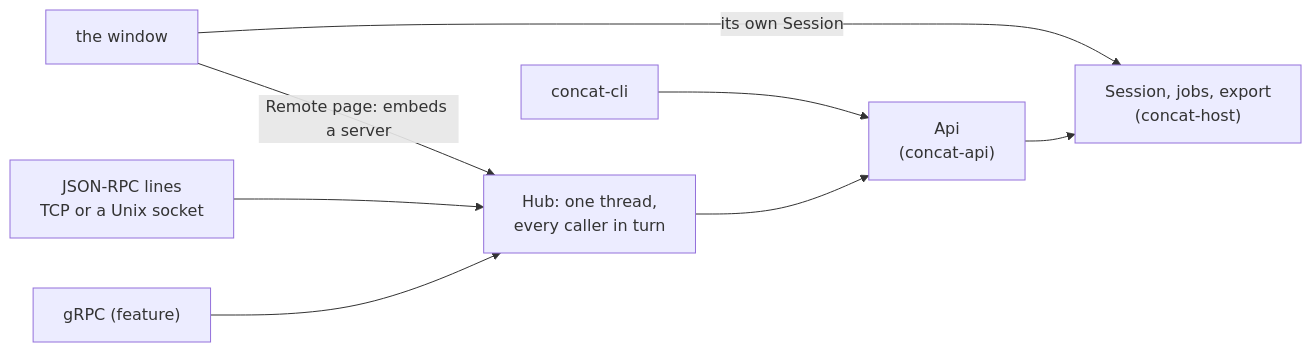
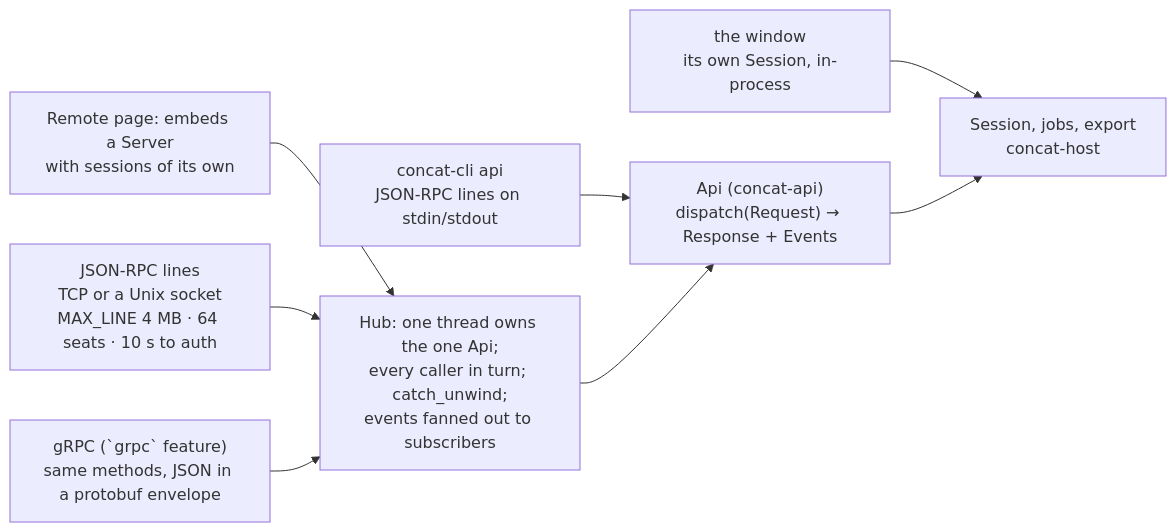
Before and after one commit to jub0t/Concat: the ninth of 12 diagrams in ARCHITECTURE.md, drawn with Mermaid. The commit also changed other lines of this file, not shown here.

````diff
--- a/ARCHITECTURE.md
+++ b/ARCHITECTURE.md
@@ -360,10 +425,10 @@
 ```mermaid
 flowchart LR
-    window["the window"] -- "Remote page: embeds a server" --> hub
-    window -- "its own Session" --> host
-    cli["concat-cli"] --> api
-    json["JSON-RPC lines<br/>TCP or a Unix socket"] --> hub
-    grpc["gRPC (feature)"] --> hub
-    hub["Hub: one thread,<br/>every caller in turn"] --> api["Api<br/>(concat-api)"]
-    api --> host["Session, jobs, export<br/>(concat-host)"]
+    window["the window<br/>its own Session, in-process"] --> host["Session, jobs, export<br/>concat-host"]
+    remote["Remote page: embeds a Server<br/>with sessions of its own"] --> hub
+    cli["concat-cli api<br/>JSON-RPC lines on stdin/stdout"] --> api
+    json["JSON-RPC lines<br/>TCP or a Unix socket<br/>MAX_LINE 4 MB · 64 seats · 10 s to auth"] --> hub
+    grpc["gRPC (`grpc` feature)<br/>same methods, JSON in a protobuf envelope"] --> hub
+    hub["Hub: one thread owns the one Api;<br/>every caller in turn; catch_unwind;<br/>events fanned out to subscribers"] --> api["Api (concat-api)<br/>dispatch(Request) → Response + Events"]
+    api --> host
 ```
````
